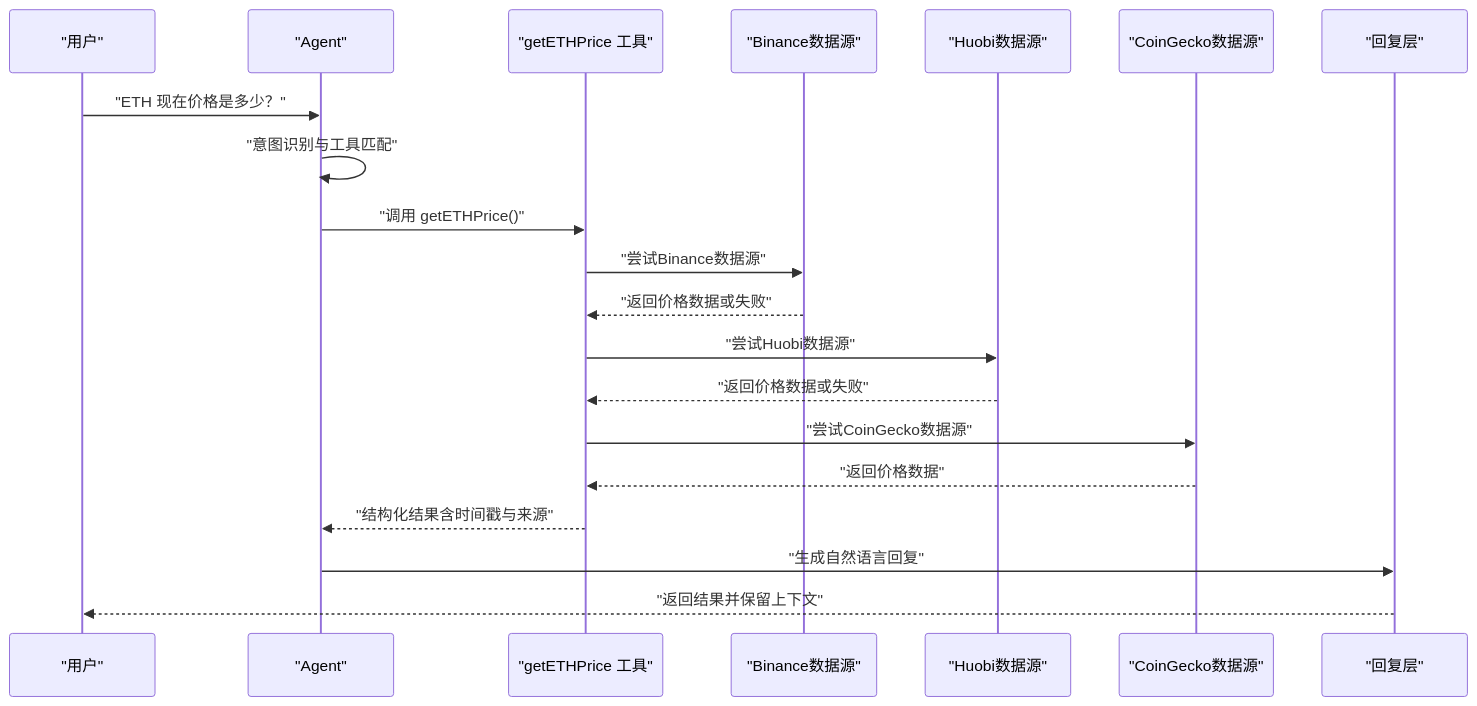
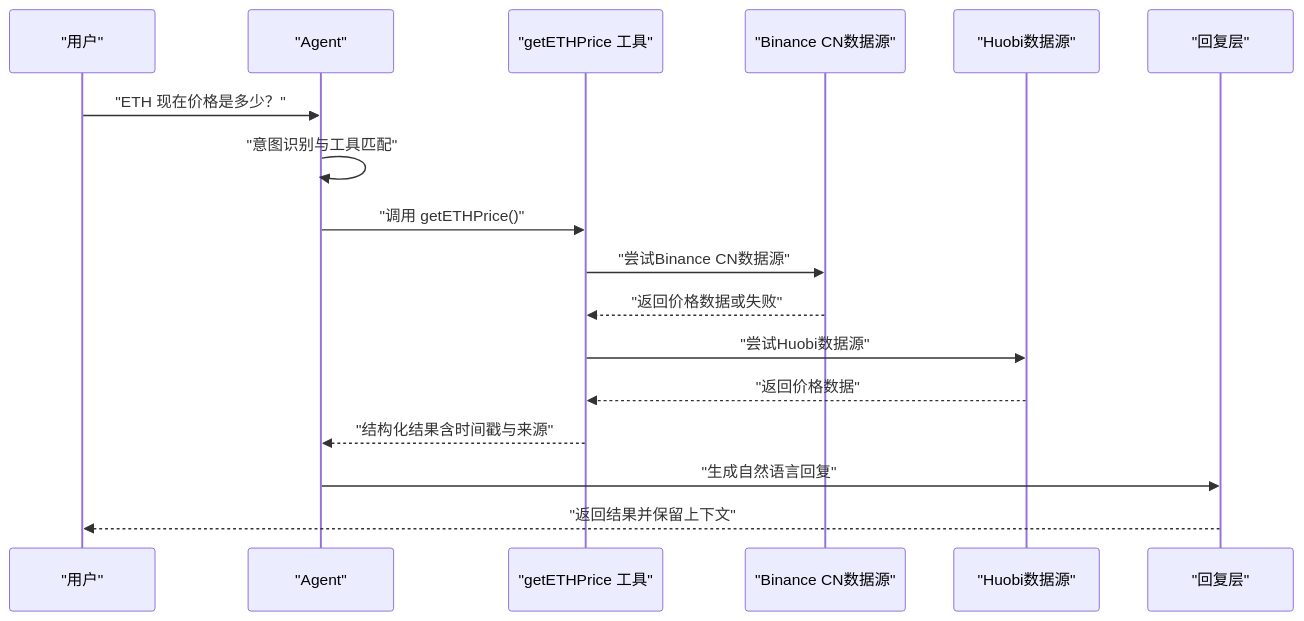
The second of 4 diagrams in .qoder/repowiki/zh/content/Web3工具集成/核心Web3工具实现/ETH价格查询工具.md (CryptoLinxu/Web3-AI-Agent), drawn with Mermaid before and after one commit. The commit also changed other lines of this file and 6 other files, not shown here.

````diff
--- a/.qoder/repowiki/zh/content/Web3工具集成/核心Web3工具实现/ETH价格查询工具.md
+++ b/.qoder/repowiki/zh/content/Web3工具集成/核心Web3工具实现/ETH价格查询工具.md
@@ -100,22 +99,19 @@
 ```mermaid
 sequenceDiagram
 participant U as "用户"
 participant A as "Agent"
 participant T as "getETHPrice 工具"
-participant B as "Binance数据源"
+participant B as "Binance CN数据源"
 participant H as "Huobi数据源"
-participant C as "CoinGecko数据源"
 participant R as "回复层"
 U->>A : "ETH 现在价格是多少？"
 A->>A : "意图识别与工具匹配"
 A->>T : "调用 getETHPrice()"
-T->>B : "尝试Binance数据源"
+T->>B : "尝试Binance CN数据源"
 B-->>T : "返回价格数据或失败"
 T->>H : "尝试Huobi数据源"
-H-->>T : "返回价格数据或失败"
-T->>C : "尝试CoinGecko数据源"
-C-->>T : "返回价格数据"
+H-->>T : "返回价格数据"
 T-->>A : "结构化结果含时间戳与来源"
 A->>R : "生成自然语言回复"
 R-->>U : "返回结果并保留上下文"
 ```
````
